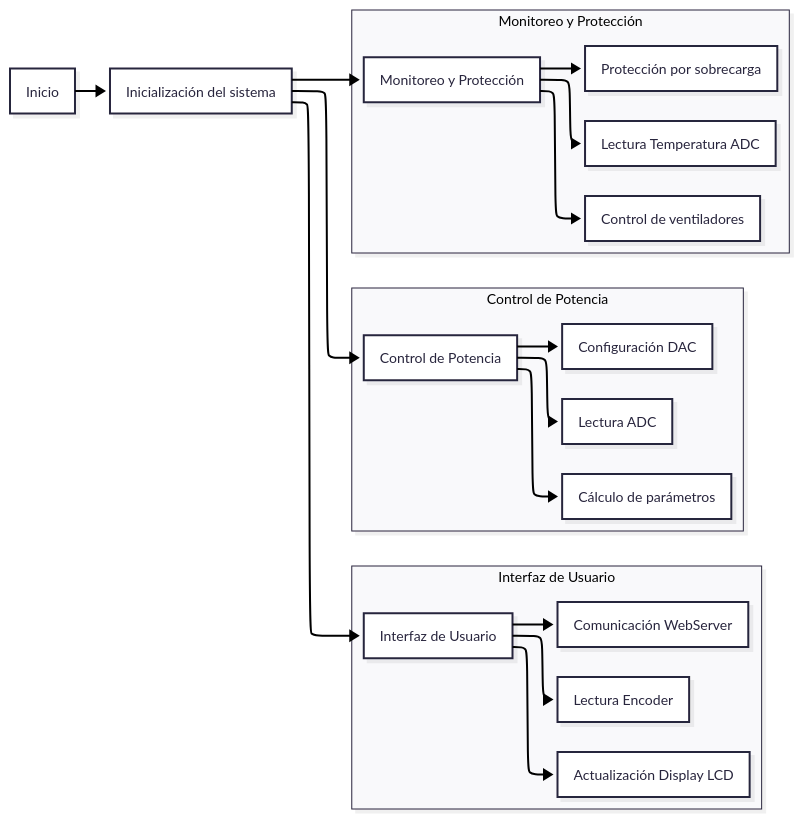
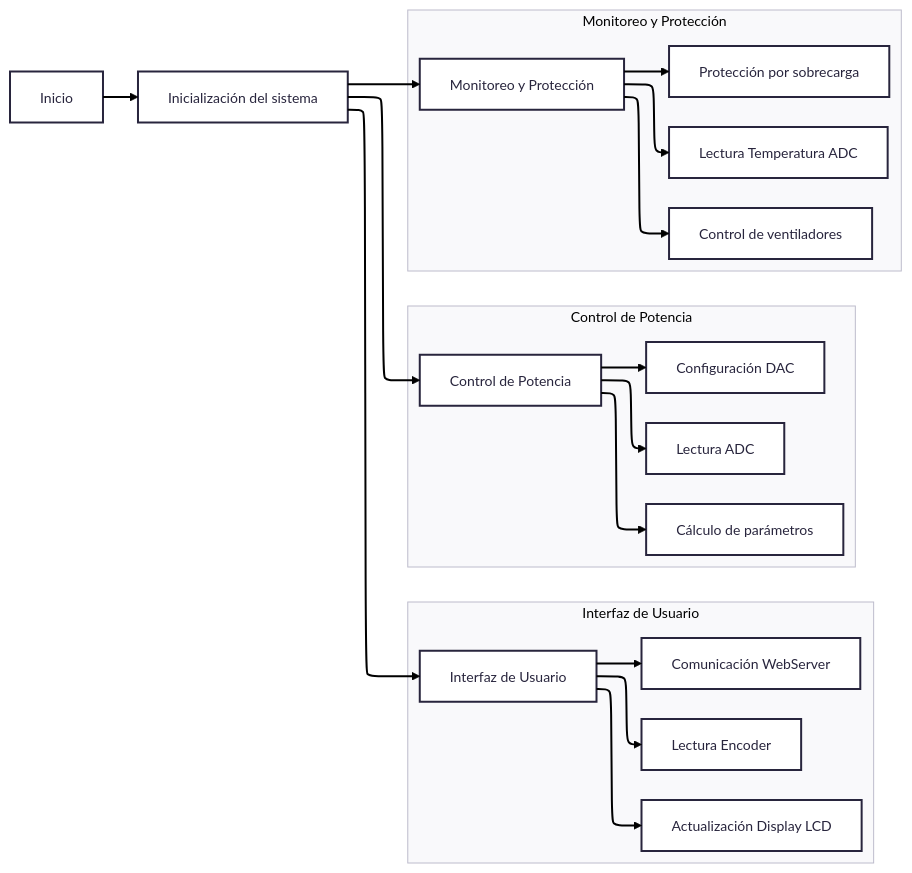
One commit to lucas-vidmar/electronic-load changed the first of 3 diagrams in docs/index.md. Above: the diagram before and after it, drawn with Mermaid. The commit also changed other lines of this file, not shown here.

```diff
--- a/docs/index.md
+++ b/docs/index.md
@@ -24,35 +24,34 @@
 <div class="mermaid">
 ---
 config:
   theme: redux
-  look: neo
   layout: elk
 ---
 flowchart LR
  subgraph subGraph0["Interfaz de Usuario"]
     direction TB
         C1["Lectura Encoder"]
         C["Interfaz de Usuario"]
         C2["Actualización Display LCD"]
         C3["Comunicación WebServer"]
   end
  subgraph subGraph1["Control de Potencia"]
     direction TB
         D1["Lectura ADC"]
         D["Control de Potencia"]
         D2["Cálculo de parámetros"]
         D3["Configuración DAC"]
   end
  subgraph subGraph2["Monitoreo y Protección"]
     direction TB
         E1["Lectura Temperatura ADC"]
         E["Monitoreo y Protección"]
         E2["Control de ventiladores"]
         E3["Protección por sobrecarga"]
   end
     A["Inicio"] --> B["Inicialización del sistema"]
     B --> C & D & E
     C --> C1 & C2 & C3
     D --> D1 & D2 & D3
     E --> E1 & E2 & E3
 </div>
```
